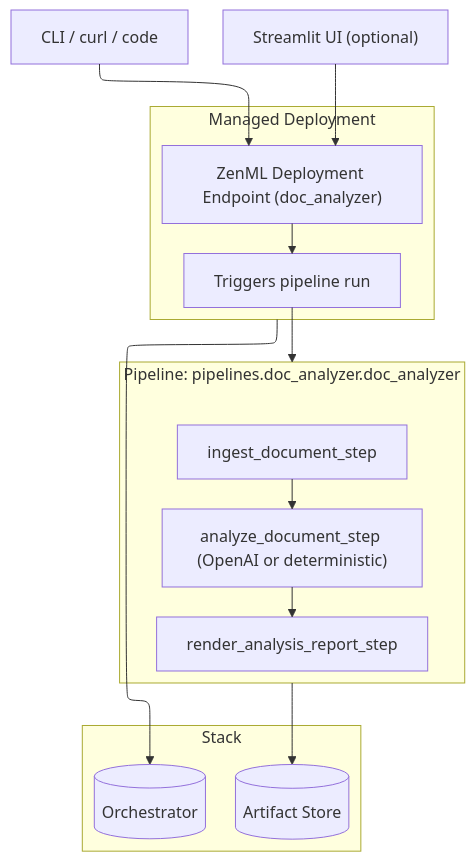
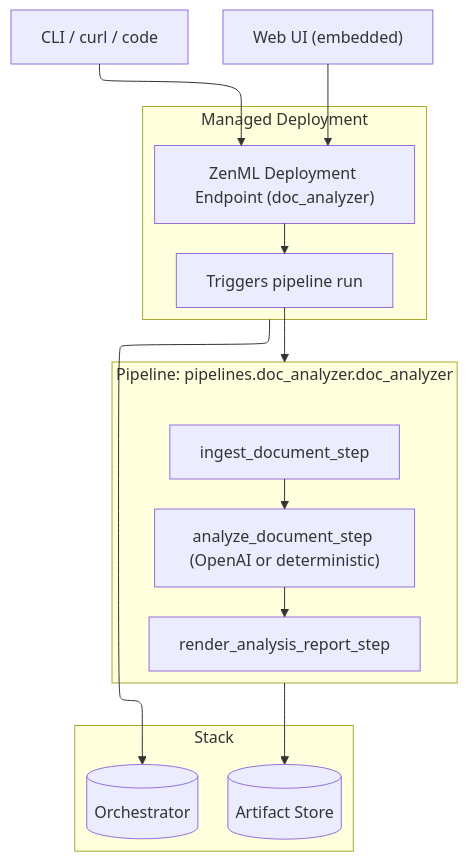
One commit to zenml-io/zenml changed the diagram in docs/book/getting-started/your-first-ai-pipeline.md. Above: the diagram before and after it, drawn with Mermaid. The commit also changed other lines of this file and 21 other files, not shown here.

````diff
--- a/docs/book/getting-started/your-first-ai-pipeline.md
+++ b/docs/book/getting-started/your-first-ai-pipeline.md
@@ -27,31 +27,31 @@
 ```mermaid
 ---
 config:
   layout: elk
   theme: mc
 ---
 flowchart TB
   U["CLI / curl / code"] --> D["ZenML Deployment Endpoint (doc_analyzer)"]
-  S["Streamlit UI (optional)"] --> D
+  W["Web UI (embedded)"] --> D
 
   subgraph DEPLOY["Managed Deployment"]
     D --> T["Triggers pipeline run"]
   end
 
   subgraph PIPE["Pipeline: pipelines.doc_analyzer.doc_analyzer"]
     I["ingest_document_step"]
     A["analyze_document_step (OpenAI or deterministic)"]
     R["render_analysis_report_step"]
     I --> A --> R
   end
 
   T --> PIPE
 
   subgraph STACK["Stack"]
     O[("Orchestrator")]
     AR[("Artifact Store")]
   end
 
   PIPE --> AR
   DEPLOY --> O
 ```
````
